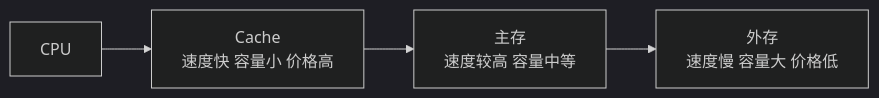
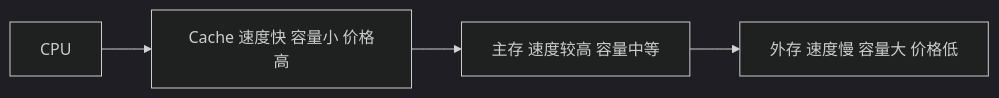
Before and after one commit to gilismael826-lgtm/course: the diagram in 计算机组成原理/notes/总结复习/总结-第3章-存储系统.md, drawn with Mermaid (dark theme). The commit also changed 28 other files, not shown here.

````diff
--- a/计算机组成原理/notes/总结复习/总结-第3章-存储系统.md
+++ b/计算机组成原理/notes/总结复习/总结-第3章-存储系统.md
@@ -59,6 +59,6 @@
 ```mermaid
 flowchart LR
-    A[CPU] --> B[Cache<br/>速度快 容量小 价格高]
-    B --> C[主存<br/>速度较高 容量中等]
-    C --> D[外存<br/>速度慢 容量大 价格低]
+    A[CPU] --> B[Cache 速度快 容量小 价格高]
+    B --> C[主存 速度较高 容量中等]
+    C --> D[外存 速度慢 容量大 价格低]
 ```
````
